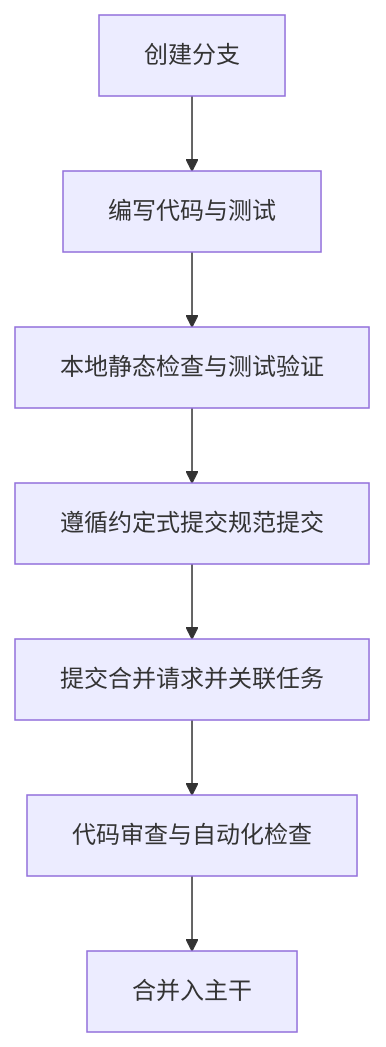
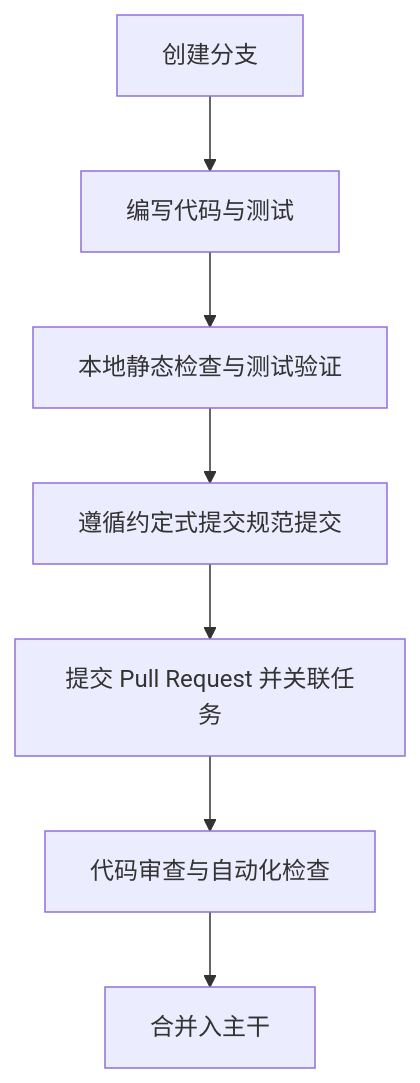
The diagram in CONTRIBUTING.md (0xTimi2233/project-standards), drawn with Mermaid before and after one commit. The commit also changed other lines of this file and 20 other files, not shown here.

````diff
--- a/CONTRIBUTING.md
+++ b/CONTRIBUTING.md
@@ -9,9 +9,9 @@
 ```mermaid
 flowchart TD
     Fork["创建分支"] --> Modify["编写代码与测试"]
     Modify --> Verify["本地静态检查与测试验证"]
     Verify --> Commit["遵循约定式提交规范提交"]
-    Commit --> PR["提交合并请求并关联任务"]
+    Commit --> PR["提交 Pull Request 并关联任务"]
     PR --> Review["代码审查与自动化检查"]
     Review --> Merge["合并入主干"]
 ```
````
